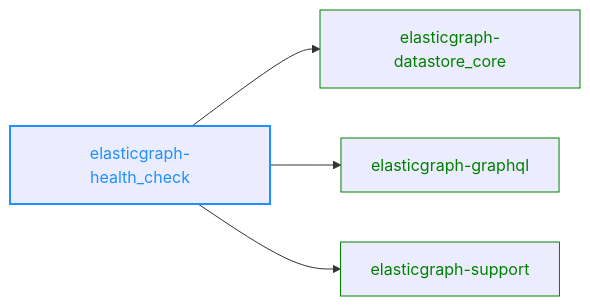
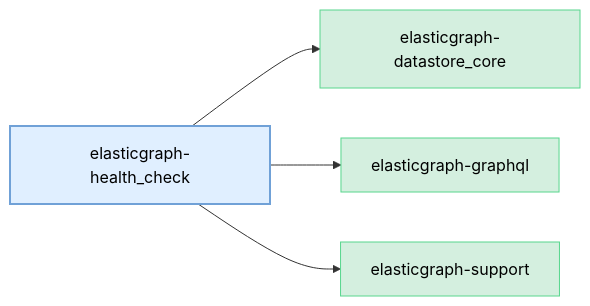
The diagram in elasticgraph-health_check/README.md (block/elasticgraph), drawn with Mermaid before and after one commit. The commit also changed 23 other files, not shown here.

````diff
--- a/elasticgraph-health_check/README.md
+++ b/elasticgraph-health_check/README.md
@@ -27,14 +27,17 @@
 ```mermaid
 graph LR;
+    classDef currentGemStyle fill:#E0EFFF,stroke:#70A1D7,color:#000,stroke-width:2px;
+    classDef internalEgGemStyle fill:#D4EFDF,stroke:#58D68D,color:#000;
+    classDef externalGemStyle fill:#FADBD8,stroke:#EC7063,color:#000;
     elasticgraph-health_check["elasticgraph-health_check"];
+    class elasticgraph-health_check currentGemStyle;
     elasticgraph-datastore_core["elasticgraph-datastore_core"];
     elasticgraph-health_check --> elasticgraph-datastore_core;
+    class elasticgraph-datastore_core internalEgGemStyle;
     elasticgraph-graphql["elasticgraph-graphql"];
     elasticgraph-health_check --> elasticgraph-graphql;
+    class elasticgraph-graphql internalEgGemStyle;
     elasticgraph-support["elasticgraph-support"];
     elasticgraph-health_check --> elasticgraph-support;
-    style elasticgraph-health_check color:DodgerBlue,stroke-width:2px,stroke:DodgerBlue;
-    style elasticgraph-datastore_core color:Green,stroke:Green;
-    style elasticgraph-graphql color:Green,stroke:Green;
-    style elasticgraph-support color:Green,stroke:Green;
+    class elasticgraph-support internalEgGemStyle;
 ```
````
